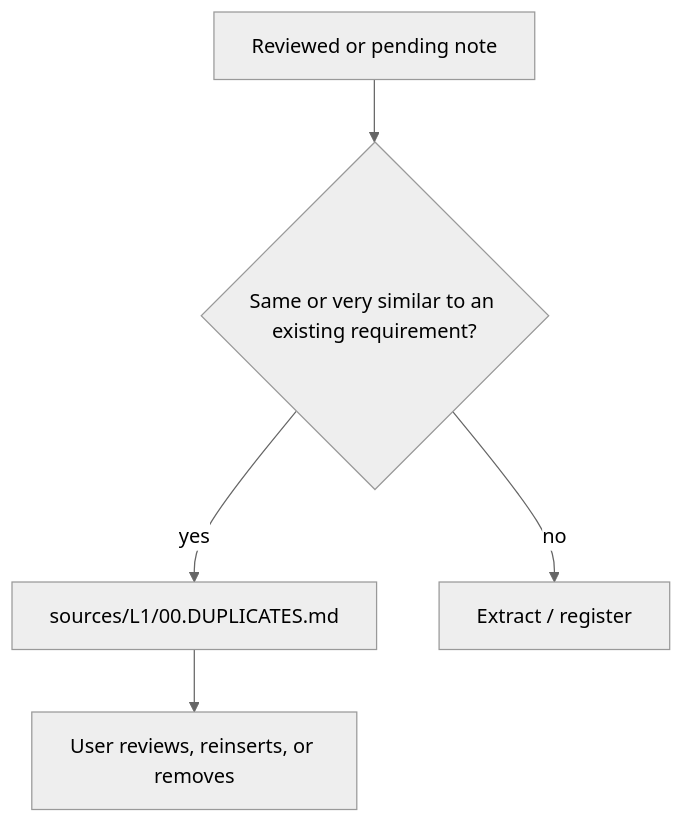
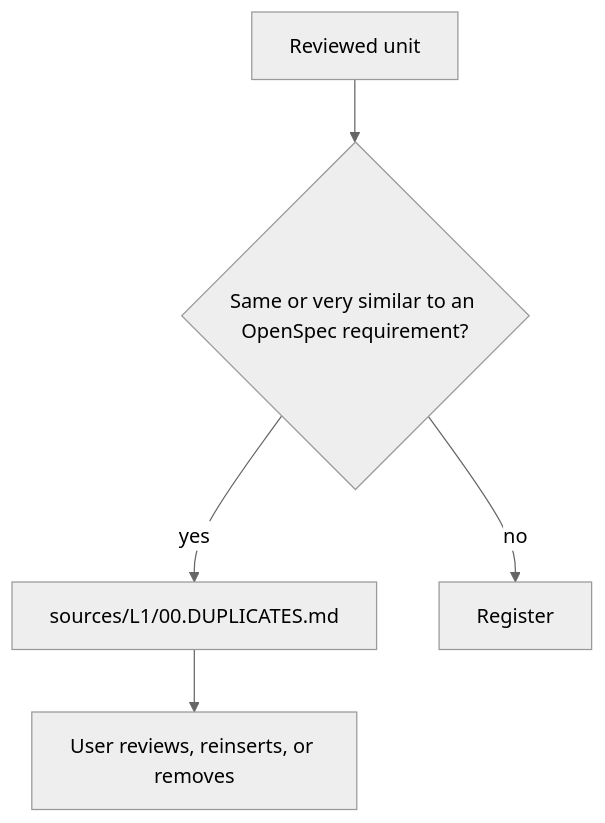
The fourth of 5 diagrams in PROGRAMME.md (AdamAntinoo/neocom-meta), drawn with Mermaid (neutral theme) before and after one commit. The commit also changed other lines of this file and 261 other files, not shown here.

First line of the commit message:
feat(meta): drop L2 and register epic-extract plus front-domain-nodes

````diff
--- a/PROGRAMME.md
+++ b/PROGRAMME.md
@@ -217,7 +187,7 @@
 ```mermaid
 flowchart TD
-  note[Reviewed or pending note] --> compare{Same or very similar to an existing requirement?}
+  note[Reviewed unit] --> compare{Same or very similar to an OpenSpec requirement?}
   compare -->|yes| dup["sources/L1/00.DUPLICATES.md"]
-  compare -->|no| openspec[Extract / register]
+  compare -->|no| openspec[Register]
   dup --> review[User reviews, reinserts, or removes]
 ```
````
